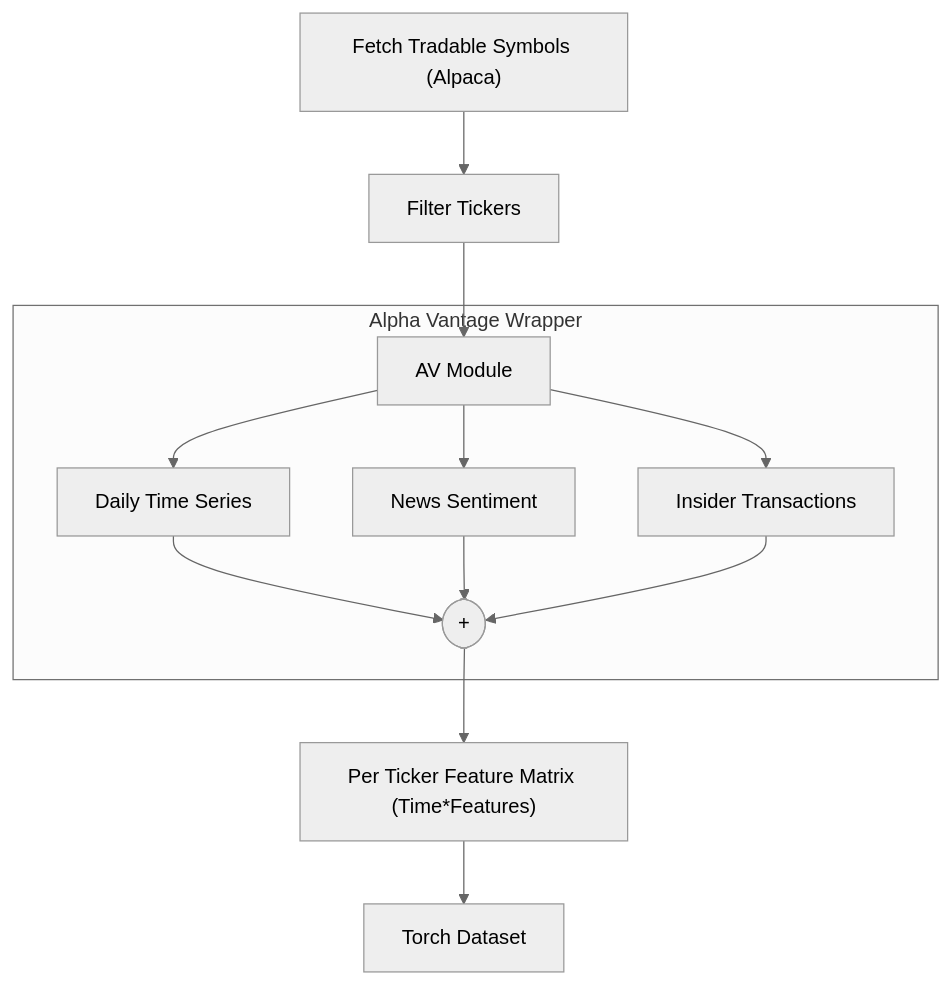
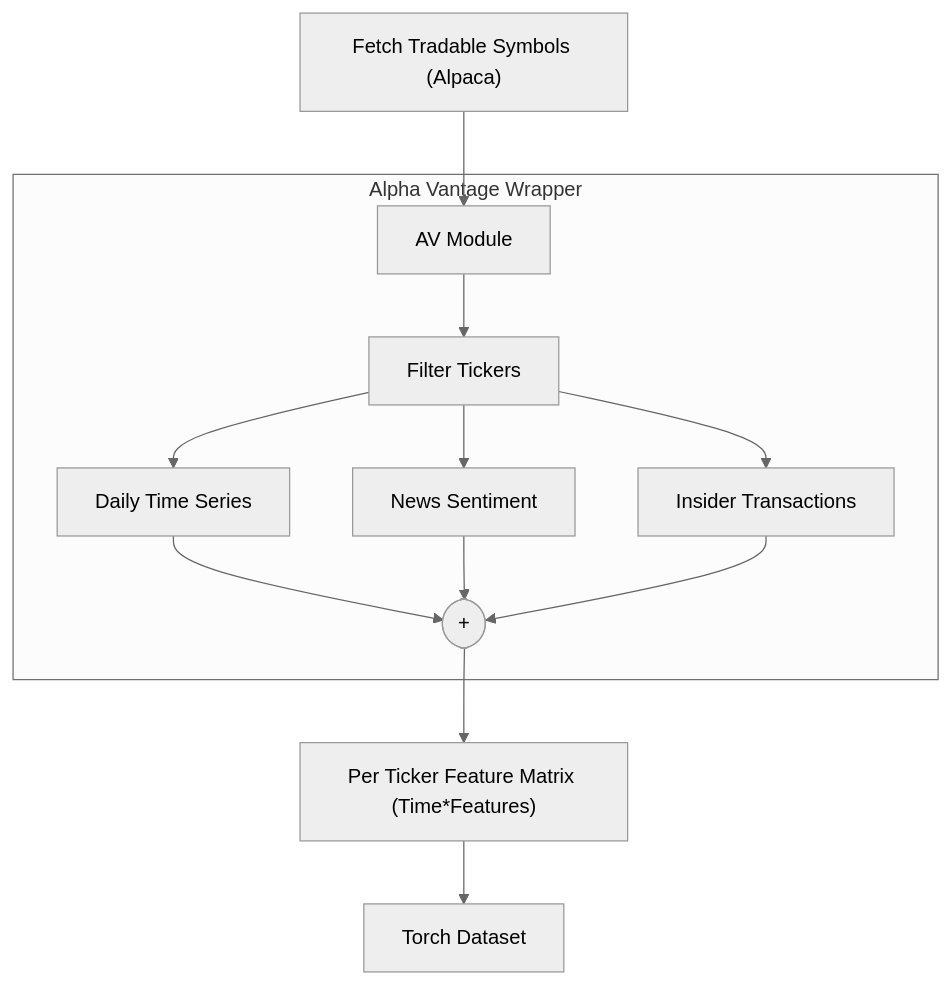
One commit to KYZZHECIK/stock_solver changed the diagram in README.md. Above: the diagram before and after it, drawn with Mermaid (neutral theme).

Commit message:
final final update

````diff
--- a/README.md
+++ b/README.md
@@ -32,20 +32,20 @@
 ```mermaid
 flowchart TD
-    A["Fetch Tradable Symbols (Alpaca)"]:::proc --> B[Filter Tickers]
     subgraph INGEST[Alpha Vantage Wrapper]
         AV[AV Module]:::code
         TS[Daily Time Series]:::data
         NS[News Sentiment]:::data
         IT[Insider Transactions]:::data
-        AV --> TS
-        AV --> NS
-        AV --> IT
+        AV --> FI[Filter Tickers]
+        FI --> TS
+        FI --> NS
+        FI --> IT
         TS --> Concat([+])
         NS --> Concat
         IT --> Concat
     end
-    B --> AV
+    A["Fetch Tradable Symbols (Alpaca)"]--> AV
     FM["Per Ticker Feature Matrix (Time*Features)"]:::artifact
     Concat --> FM
     FM --> DA[Torch Dataset]
 ```
````
